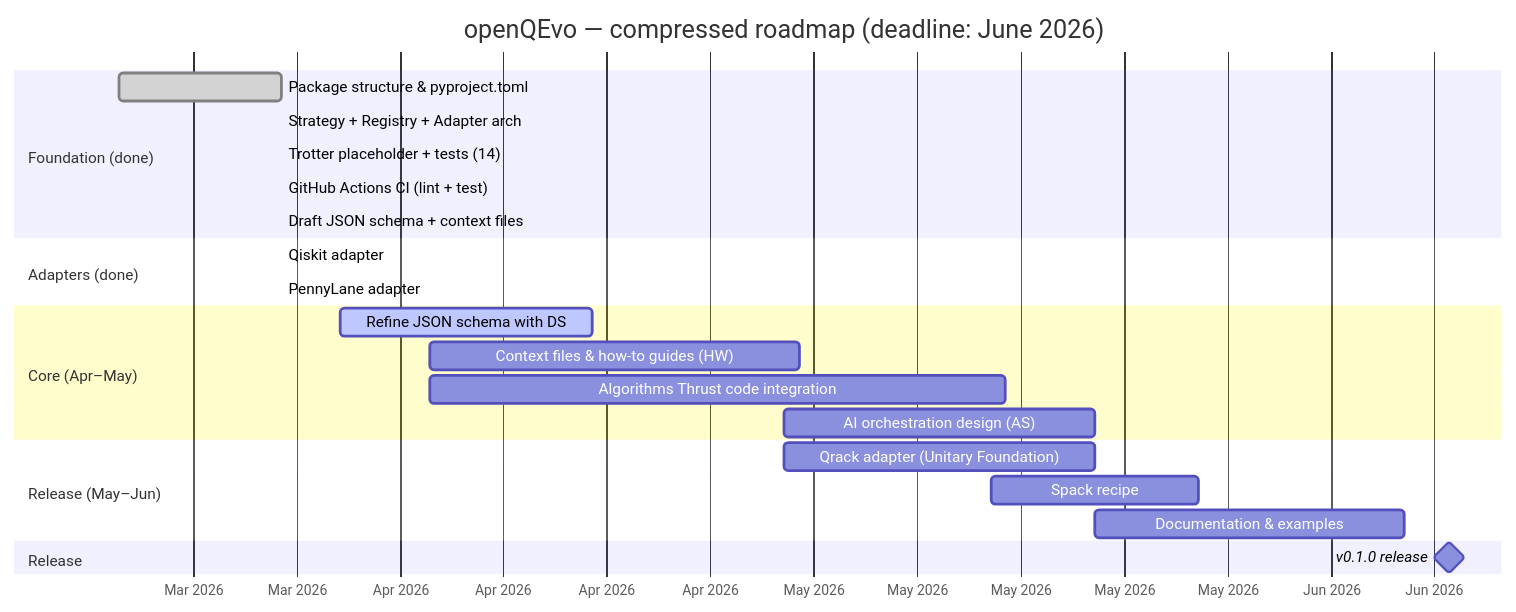
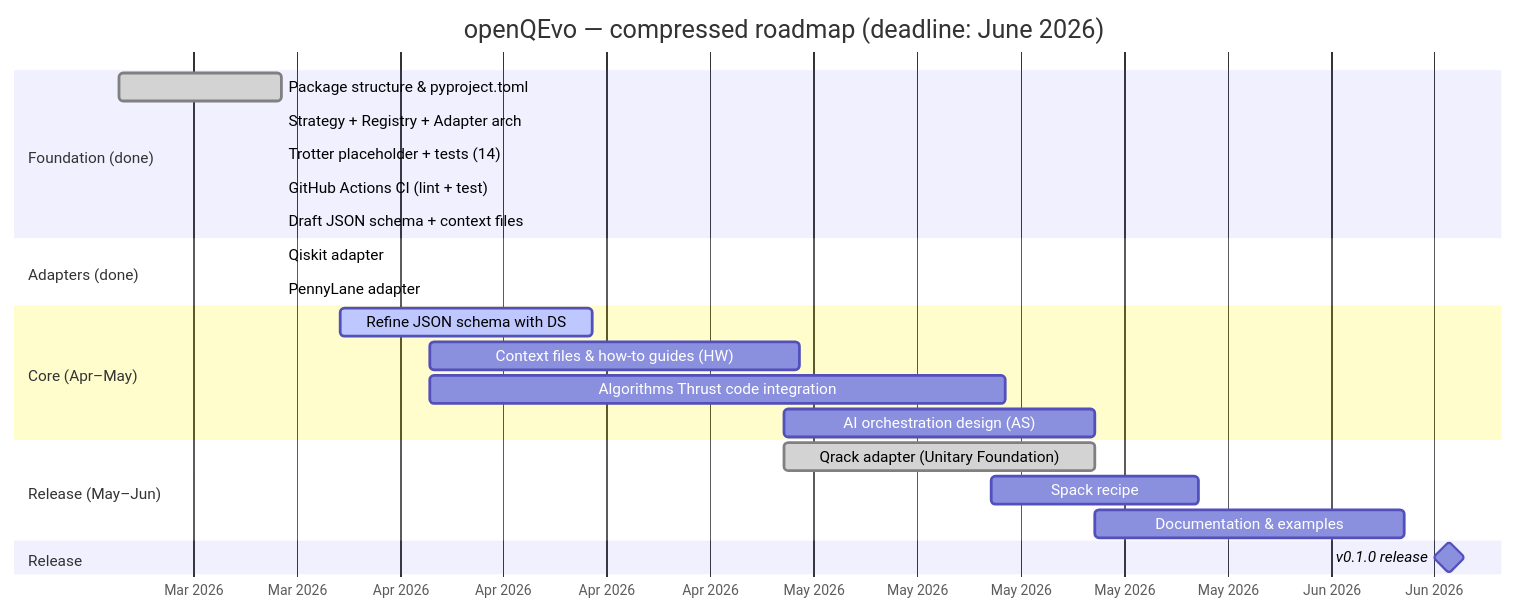
One commit to QSCSoftwareEcosystem/OpenQEvo changed the first of 2 diagrams in docs/roadmap.md. Above: the diagram before and after it, drawn with Mermaid. The commit also changed other lines of this file and 91 other files, not shown here.

````diff
--- a/docs/roadmap.md
+++ b/docs/roadmap.md
@@ -10,31 +10,31 @@
 ```mermaid
 gantt
     title openQEvo — compressed roadmap (deadline: June 2026)
     dateFormat YYYY-MM-DD
     axisFormat %b %Y
 
     section Foundation (done)
         Package structure & pyproject.toml     :done, se1, 2026-03-17, 2026-03-28
         Strategy + Registry + Adapter arch     :done, ar1, 2026-03-28, 2026-03-28
         Trotter placeholder + tests (14)       :done, hw0, 2026-03-28, 2026-03-28
         GitHub Actions CI (lint + test)        :done, ci1, 2026-03-28, 2026-03-28
         Draft JSON schema + context files      :done, ds0, 2026-03-28, 2026-03-28
 
     section Adapters (done)
         Qiskit adapter                         :done, qk1, 2026-03-28, 2026-03-28
         PennyLane adapter                      :done, pl1, 2026-03-28, 2026-03-28
 
     section Core (Apr–May)
         Refine JSON schema with DS             :active, ds1, 2026-04-01, 2026-04-18
         Context files & how-to guides (HW)     :ctx1, 2026-04-07, 2026-05-02
         Algorithms Thrust code integration     :alg1, 2026-04-07, 2026-05-16
         AI orchestration design (AS)           :as1, 2026-05-01, 2026-05-22
 
     section Release (May–Jun)
-        Qrack adapter (Unitary Foundation)     :qr1, 2026-05-01, 2026-05-22
+        Qrack adapter (Unitary Foundation)     :done, qr1, 2026-05-01, 2026-05-22
         Spack recipe                           :se2, 2026-05-15, 2026-05-29
         Documentation & examples               :doc1, 2026-05-22, 2026-06-12
 
     section Release
         v0.1.0 release                         :milestone, rel1, 2026-06-15, 0d
 ```
````
